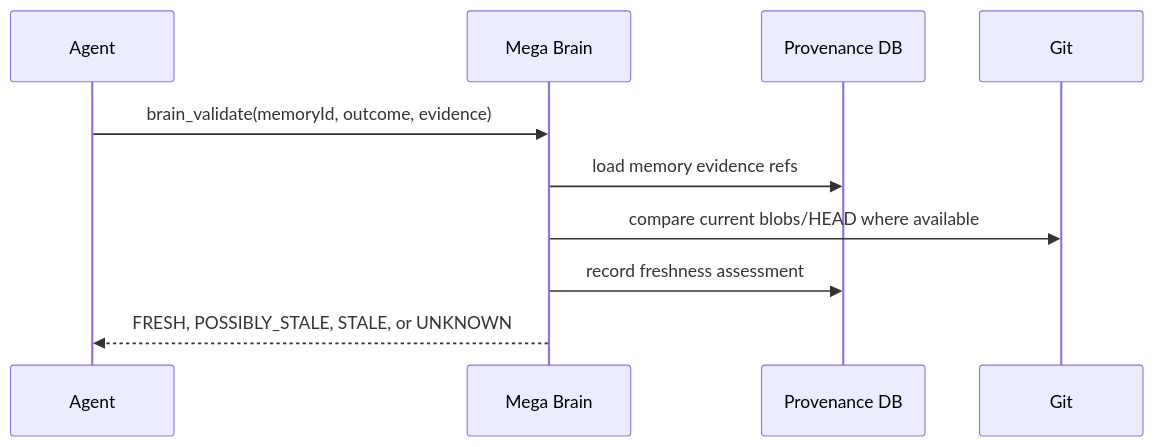
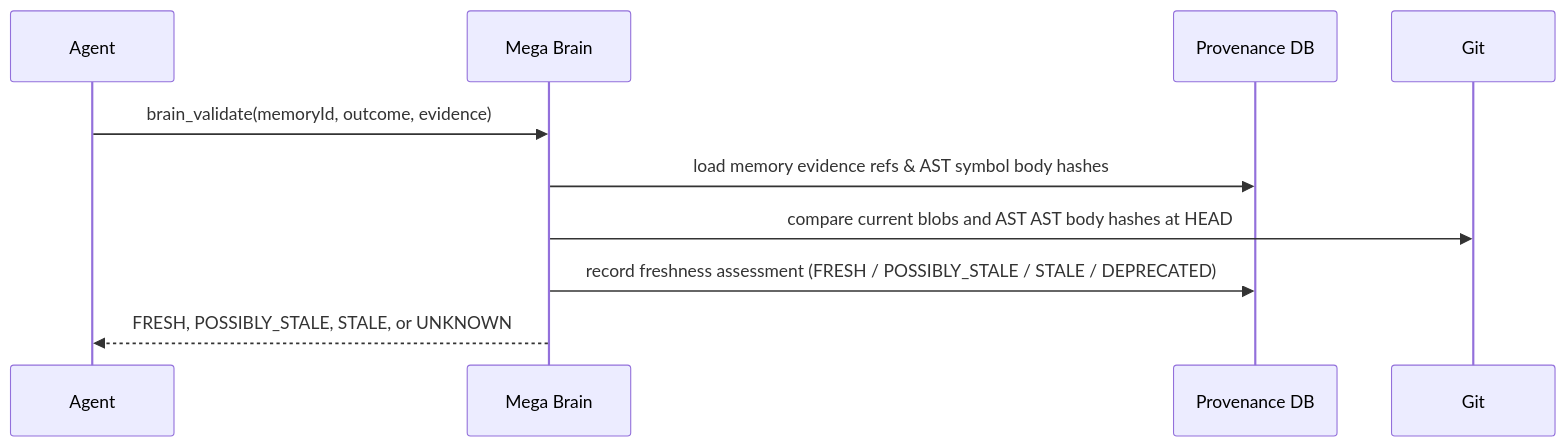
Before and after one commit to RaffaHr/mega-brain-mcp: the sixth of 10 diagrams in README.md, drawn with Mermaid. The commit also changed other lines of this file and 1 other file, not shown here.

````diff
--- a/README.md
+++ b/README.md
@@ -431,13 +441,13 @@
 ```mermaid
 sequenceDiagram
   participant Agent
   participant MB as Mega Brain
   participant Prov as Provenance DB
   participant Git
 
   Agent->>MB: brain_validate(memoryId, outcome, evidence)
-  MB->>Prov: load memory evidence refs
-  MB->>Git: compare current blobs/HEAD where available
-  MB->>Prov: record freshness assessment
+  MB->>Prov: load memory evidence refs & AST symbol body hashes
+  MB->>Git: compare current blobs and AST AST body hashes at HEAD
+  MB->>Prov: record freshness assessment (FRESH / POSSIBLY_STALE / STALE / DEPRECATED)
   MB-->>Agent: FRESH, POSSIBLY_STALE, STALE, or UNKNOWN
 ```
````
